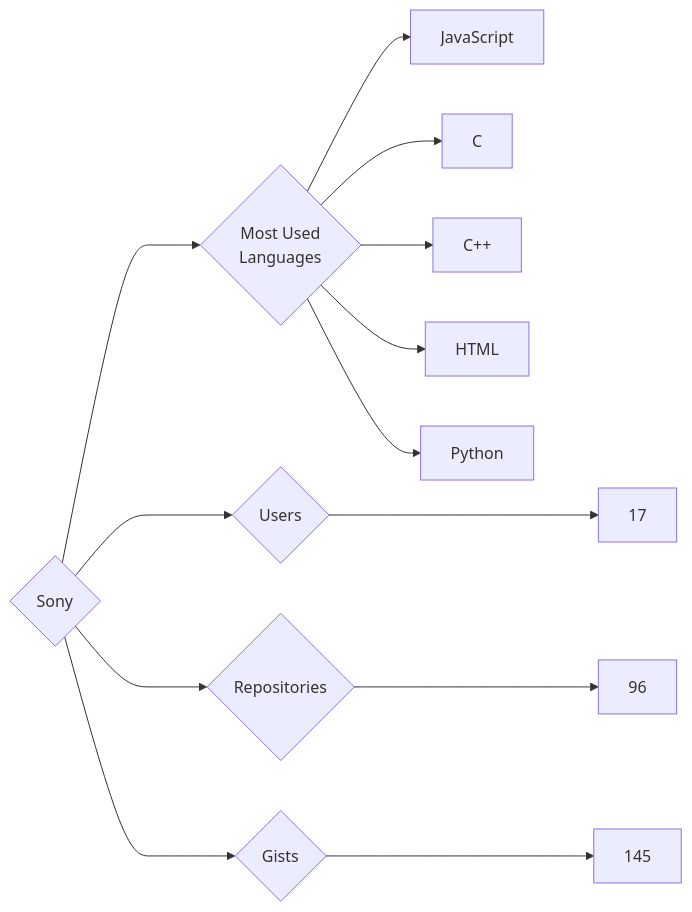
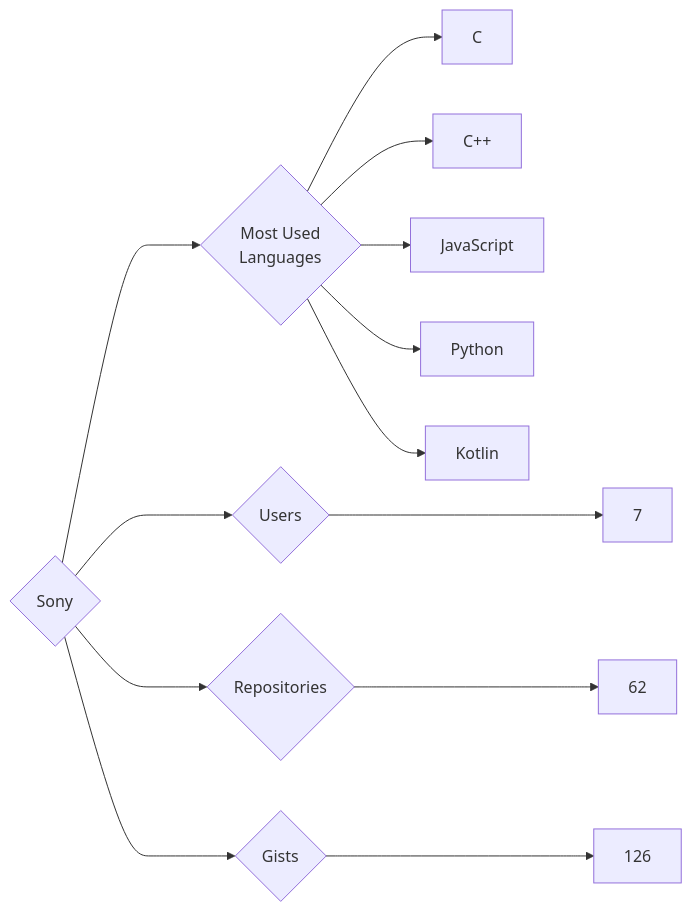
The diagram in targets/Sony/README.md (trickest/insiders), drawn with Mermaid before and after one commit. The commit also changed 953 other files, not shown here.

````diff
--- a/targets/Sony/README.md
+++ b/targets/Sony/README.md
@@ -3,13 +3,13 @@
 ```mermaid
 graph LR
 COMPANY_NAME{Sony}
-COMPANY_NAME ---> U{Users} ---> UN[17]
-COMPANY_NAME ---> R{Repositories} ---> RN[96]
-COMPANY_NAME ---> G{Gists} ---> GN[145]
+COMPANY_NAME ---> U{Users} ---> UN[7]
+COMPANY_NAME ---> R{Repositories} ---> RN[62]
+COMPANY_NAME ---> G{Gists} ---> GN[126]
 COMPANY_NAME ---> ML{Most Used<br>Languages}
-ML --> JavaScript[JavaScript]
 ML --> C[C]
 ML --> C++[C++]
-ML --> HTML[HTML]
+ML --> JavaScript[JavaScript]
 ML --> Python[Python]
+ML --> Kotlin[Kotlin]
 ```
````
